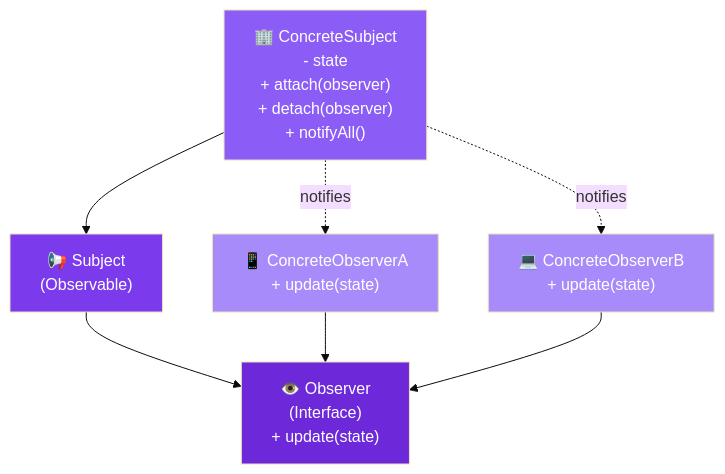
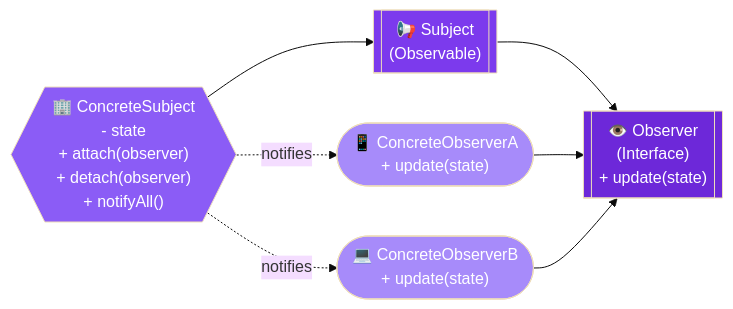
One commit to saivamsikaruturi/vamsilabs-dev-notes-main changed the second of 3 diagrams in docs/designpatterns/behaviouralDesignPatterns/ObserverDesignPattern.md. Above: the diagram before and after it, drawn with Mermaid (base theme). The commit also changed other lines of this file and 146 other files, not shown here.

Commit message:
Horizontal diagrams, UML class diagrams, typography overhaul, and permalink cleanup

````diff
--- a/docs/designpatterns/behaviouralDesignPatterns/ObserverDesignPattern.md
+++ b/docs/designpatterns/behaviouralDesignPatterns/ObserverDesignPattern.md
@@ -30,21 +30,21 @@
 ```mermaid
-flowchart TD
-    Subject["📢 Subject\n(Observable)"]
-    ConcreteSubject["🏢 ConcreteSubject\n- state\n+ attach(observer)\n+ detach(observer)\n+ notifyAll()"]
-    Observer["👁️ Observer\n(Interface)\n+ update(state)"]
-    ConcreteObserverA["📱 ConcreteObserverA\n+ update(state)"]
-    ConcreteObserverB["💻 ConcreteObserverB\n+ update(state)"]
+flowchart LR
+    Subject[["📢 Subject\n(Observable)"]]
+    ConcreteSubject{{"🏢 ConcreteSubject\n- state\n+ attach(observer)\n+ detach(observer)\n+ notifyAll()"}}
+    Observer[["👁️ Observer\n(Interface)\n+ update(state)"]]
+    ConcreteObserverA(["📱 ConcreteObserverA\n+ update(state)"])
+    ConcreteObserverB(["💻 ConcreteObserverB\n+ update(state)"])
 
     Subject --> Observer
     ConcreteSubject --> Subject
     ConcreteObserverA --> Observer
     ConcreteObserverB --> Observer
     ConcreteSubject -.->|"notifies"| ConcreteObserverA
     ConcreteSubject -.->|"notifies"| ConcreteObserverB
 
     style Subject fill:#7c3aed,color:#fff
     style ConcreteSubject fill:#8b5cf6,color:#fff
     style Observer fill:#6d28d9,color:#fff
     style ConcreteObserverA fill:#a78bfa,color:#fff
     style ConcreteObserverB fill:#a78bfa,color:#fff
 ```
````
